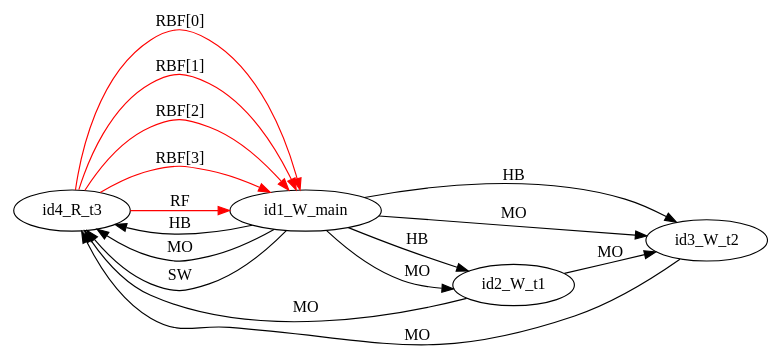
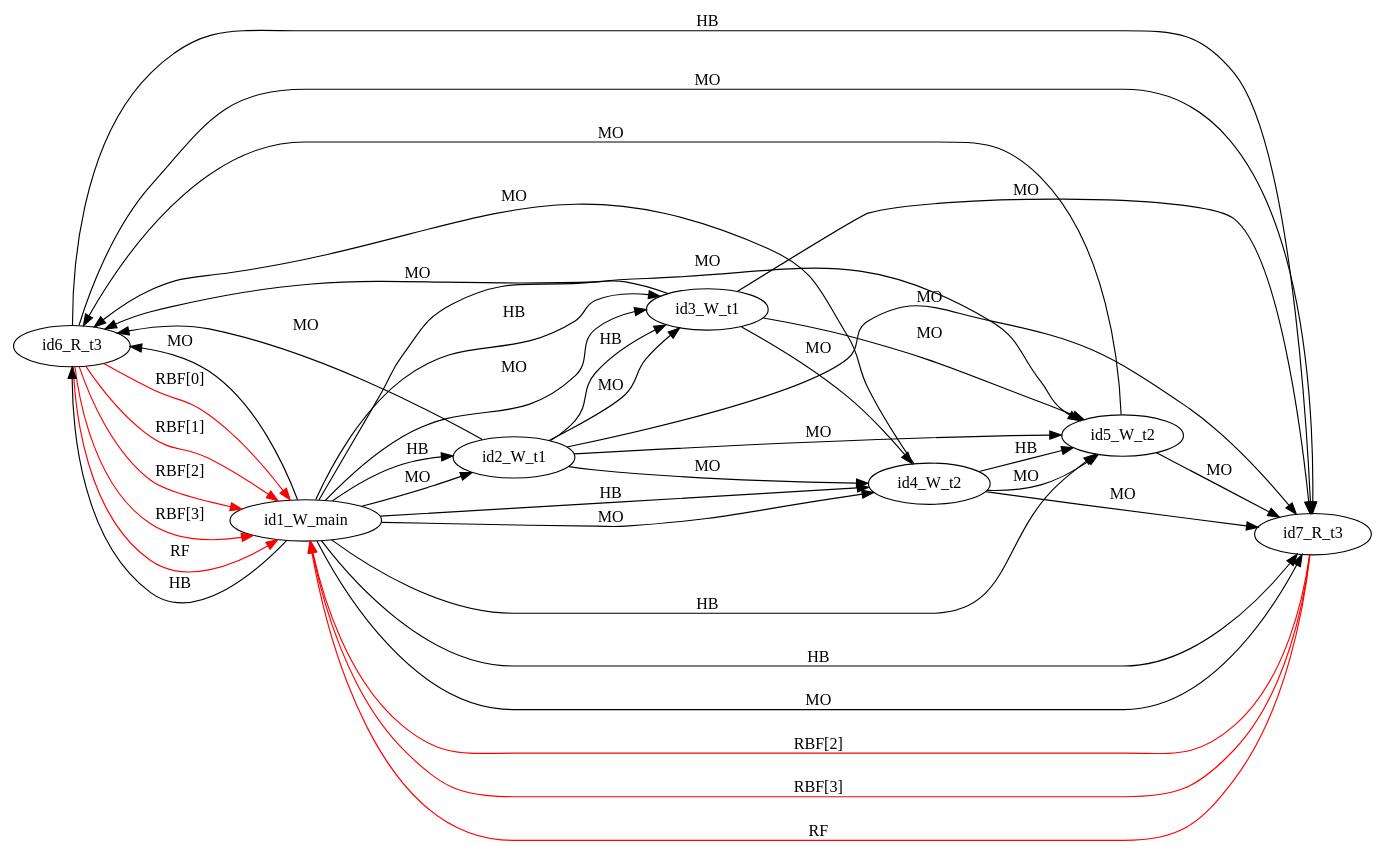
The diagram in examples/single_var/sv_simple13/mm1.dot (FMJS/EMME), drawn with Graphviz before and after one commit. The commit also changed 357 other files, not shown here.

```diff
--- a/examples/single_var/sv_simple13/mm1.dot
+++ b/examples/single_var/sv_simple13/mm1.dot
@@ -1,18 +1,41 @@
 digraph memory_model {
 rankdir=LR;
-id4_R_t3 -> id1_W_main [label = "RBF[0]", color="red"];
-id4_R_t3 -> id1_W_main [label = "RBF[1]", color="red"];
-id4_R_t3 -> id1_W_main [label = "RBF[2]", color="red"];
-id4_R_t3 -> id1_W_main [label = "RBF[3]", color="red"];
-id4_R_t3 -> id1_W_main [label = "RF", color="red"];
+id6_R_t3 -> id1_W_main [label = "RBF[0]", color="red"];
+id6_R_t3 -> id1_W_main [label = "RBF[1]", color="red"];
+id6_R_t3 -> id1_W_main [label = "RBF[2]", color="red"];
+id6_R_t3 -> id1_W_main [label = "RBF[3]", color="red"];
+id7_R_t3 -> id1_W_main [label = "RBF[2]", color="red"];
+id7_R_t3 -> id1_W_main [label = "RBF[3]", color="red"];
+id6_R_t3 -> id1_W_main [label = "RF", color="red"];
+id7_R_t3 -> id1_W_main [label = "RF", color="red"];
+id2_W_t1 -> id3_W_t1 [label = "HB", color="black"];
+id4_W_t2 -> id5_W_t2 [label = "HB", color="black"];
+id6_R_t3 -> id7_R_t3 [label = "HB", color="black"];
 id1_W_main -> id2_W_t1 [label = "HB", color="black"];
-id1_W_main -> id3_W_t2 [label = "HB", color="black"];
-id1_W_main -> id4_R_t3 [label = "HB", color="black"];
+id1_W_main -> id3_W_t1 [label = "HB", color="black"];
+id1_W_main -> id4_W_t2 [label = "HB", color="black"];
+id1_W_main -> id5_W_t2 [label = "HB", color="black"];
+id1_W_main -> id6_R_t3 [label = "HB", color="black"];
+id1_W_main -> id7_R_t3 [label = "HB", color="black"];
+id2_W_t1 -> id3_W_t1 [label = "MO", color="black"];
+id4_W_t2 -> id5_W_t2 [label = "MO", color="black"];
+id6_R_t3 -> id7_R_t3 [label = "MO", color="black"];
 id1_W_main -> id2_W_t1 [label = "MO", color="black"];
-id1_W_main -> id3_W_t2 [label = "MO", color="black"];
-id1_W_main -> id4_R_t3 [label = "MO", color="black"];
-id2_W_t1 -> id3_W_t2 [label = "MO", color="black"];
-id2_W_t1 -> id4_R_t3 [label = "MO", color="black"];
-id3_W_t2 -> id4_R_t3 [label = "MO", color="black"];
-id1_W_main -> id4_R_t3 [label = "SW", color="black"];
+id1_W_main -> id3_W_t1 [label = "MO", color="black"];
+id1_W_main -> id4_W_t2 [label = "MO", color="black"];
+id1_W_main -> id5_W_t2 [label = "MO", color="black"];
+id1_W_main -> id6_R_t3 [label = "MO", color="black"];
+id1_W_main -> id7_R_t3 [label = "MO", color="black"];
+id2_W_t1 -> id4_W_t2 [label = "MO", color="black"];
+id2_W_t1 -> id5_W_t2 [label = "MO", color="black"];
+id2_W_t1 -> id6_R_t3 [label = "MO", color="black"];
+id2_W_t1 -> id7_R_t3 [label = "MO", color="black"];
+id3_W_t1 -> id4_W_t2 [label = "MO", color="black"];
+id3_W_t1 -> id5_W_t2 [label = "MO", color="black"];
+id3_W_t1 -> id6_R_t3 [label = "MO", color="black"];
+id3_W_t1 -> id7_R_t3 [label = "MO", color="black"];
+id4_W_t2 -> id6_R_t3 [label = "MO", color="black"];
+id4_W_t2 -> id7_R_t3 [label = "MO", color="black"];
+id5_W_t2 -> id6_R_t3 [label = "MO", color="black"];
+id5_W_t2 -> id7_R_t3 [label = "MO", color="black"];
 }
```
